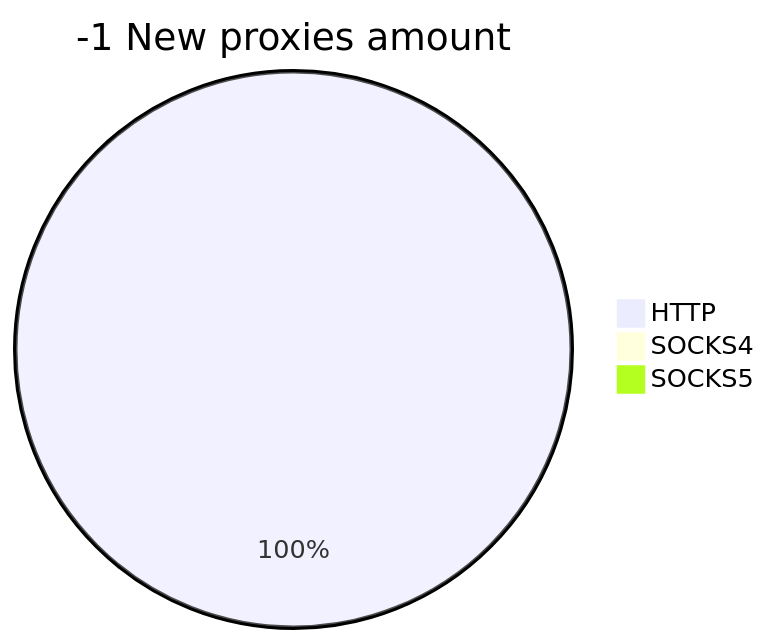
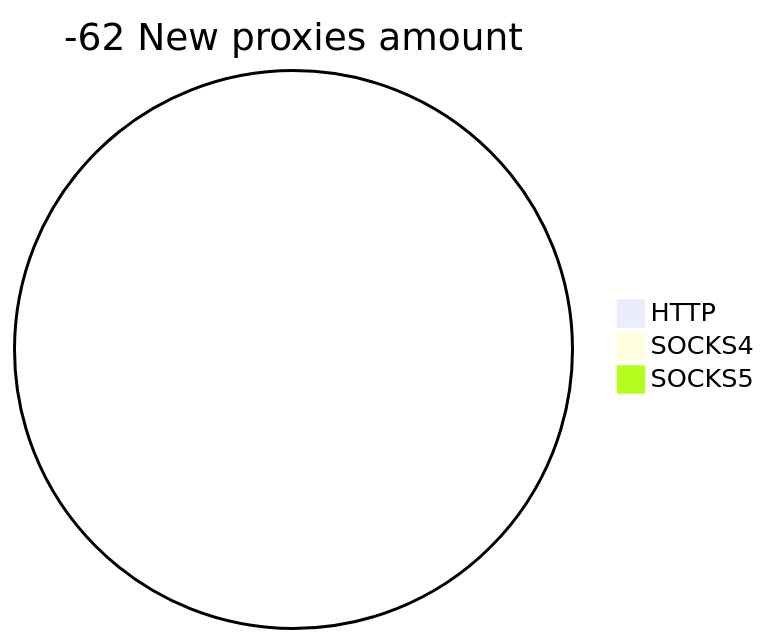
One commit to cutipu/proxylist changed the second of 2 diagrams in README.md. Above: the diagram before and after it, drawn with Mermaid. The commit also changed other lines of this file, not shown here.

````diff
--- a/README.md
+++ b/README.md
@@ -10,6 +10,6 @@
 ```mermaid
-pie title -1 New proxies amount
-    "HTTP" : 1
+pie title -62 New proxies amount
+    "HTTP" : 0
     "SOCKS4" : 0
     "SOCKS5" : 0
 ```
````
